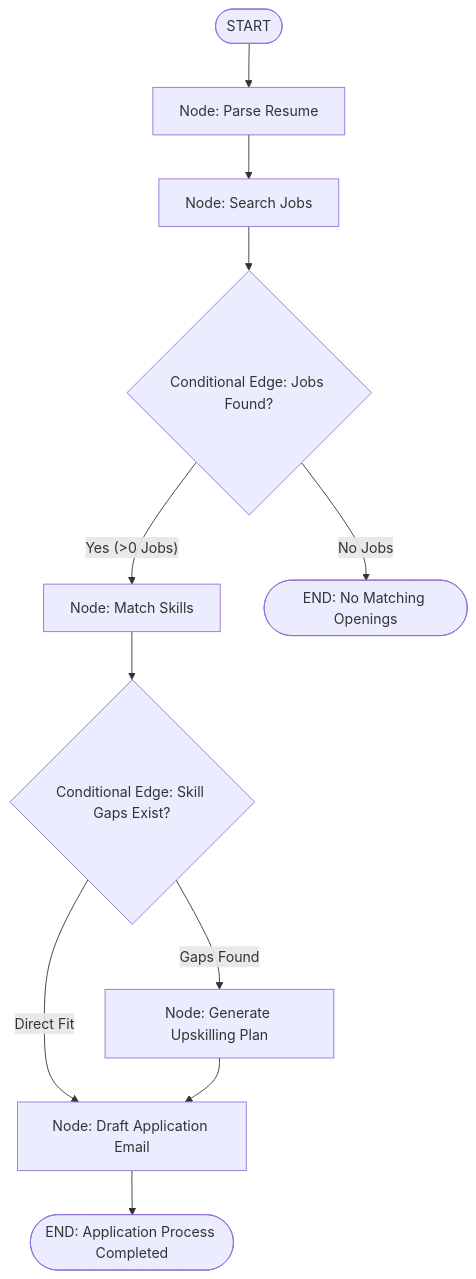
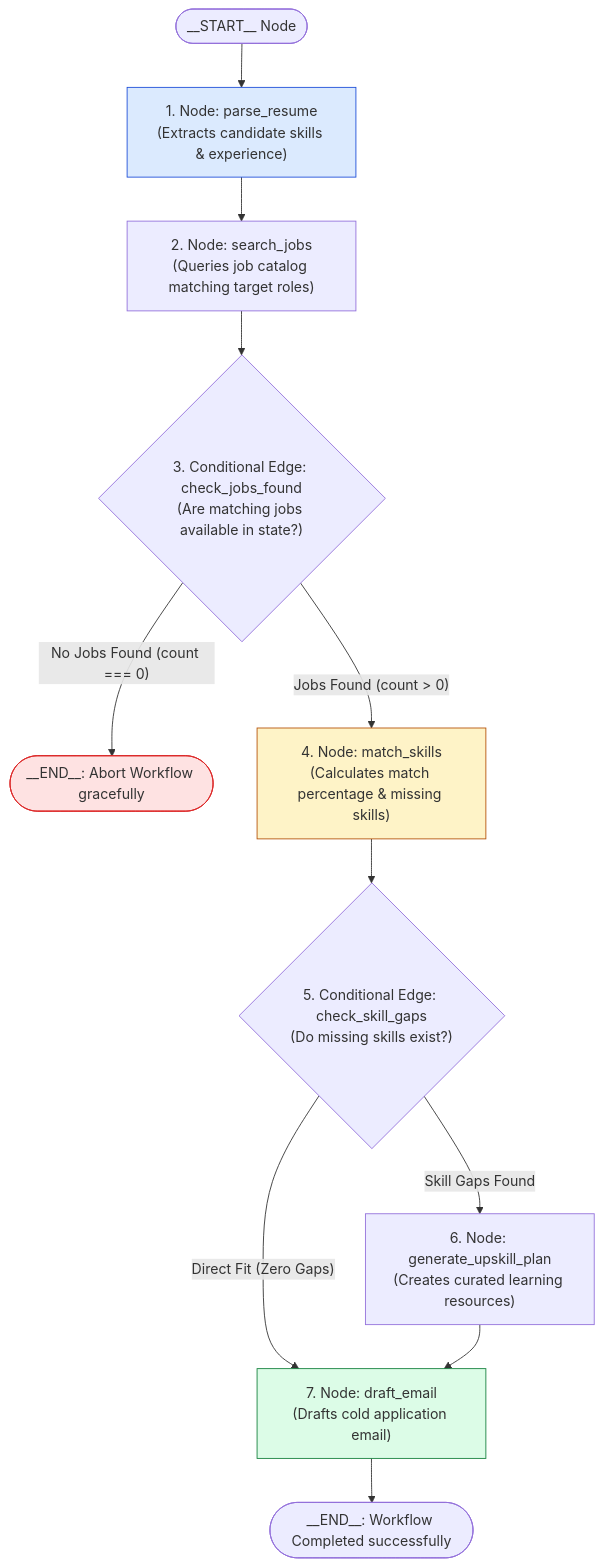
The first of 3 diagrams in agentic-ai-notes/05-karigar-flow/00-karigar-flow-overview.md (Amie-dev/engineering-playbook), drawn with Mermaid before and after one commit. The commit also changed other lines of this file and 12 other files, not shown here.

First line of the commit message:
Refactor Karigar Flow Modules: Enhance Email Drafter, Tracer, Cost Tracker, LangSmith Integration, and Main Runner

````diff
--- a/agentic-ai-notes/05-karigar-flow/00-karigar-flow-overview.md
+++ b/agentic-ai-notes/05-karigar-flow/00-karigar-flow-overview.md
@@ -10,16 +13,27 @@
 ```mermaid
 flowchart TD
-    Start([START]) --> NodeParse[Node: Parse Resume]
-    NodeParse --> NodeJobs[Node: Search Jobs]
-    NodeJobs --> EdgeCheck{Conditional Edge: Jobs Found?}
-    
-    EdgeCheck -- "Yes (>0 Jobs)" --> NodeMatch[Node: Match Skills]
-    EdgeCheck -- "No Jobs" --> EndNoJobs([END: No Matching Openings])
-    
-    NodeMatch --> EdgeGap{Conditional Edge: Skill Gaps Exist?}
-    EdgeGap -- "Gaps Found" --> NodeUpskill[Node: Generate Upskilling Plan]
-    EdgeGap -- "Direct Fit" --> NodeEmail[Node: Draft Application Email]
-    
+    Start([__START__ Node]) --> NodeParse["1. Node: parse_resume<br/>(Extracts candidate skills & experience)"]
+
+    NodeParse --> NodeJobs["2. Node: search_jobs<br/>(Queries job catalog matching target roles)"]
+
+    NodeJobs --> EdgeJobsCheck{"3. Conditional Edge: check_jobs_found<br/>(Are matching jobs available in state?)"}
+
+    EdgeJobsCheck -- "No Jobs Found (count === 0)" --> EndNoJobs([__END__: Abort Workflow gracefully])
+
+    EdgeJobsCheck -- "Jobs Found (count > 0)" --> NodeMatch["4. Node: match_skills<br/>(Calculates match percentage & missing skills)"]
+
+    NodeMatch --> EdgeGapCheck{"5. Conditional Edge: check_skill_gaps<br/>(Do missing skills exist?)"}
+
+    EdgeGapCheck -- "Skill Gaps Found" --> NodeUpskill["6. Node: generate_upskill_plan<br/>(Creates curated learning resources)"]
+
+    EdgeGapCheck -- "Direct Fit (Zero Gaps)" --> NodeEmail["7. Node: draft_email<br/>(Drafts cold application email)"]
+
     NodeUpskill --> NodeEmail
-    NodeEmail --> EndSuccess([END: Application Process Completed])
+
+    NodeEmail --> EndSuccess([__END__: Workflow Completed successfully])
+
+    style NodeParse fill:#dbeafe,stroke:#1d4ed8
+    style NodeMatch fill:#fef3c7,stroke:#b45309
+    style NodeEmail fill:#dcfce7,stroke:#15803d
+    style EndNoJobs fill:#fee2e2,stroke:#dc2626
 ```
````
